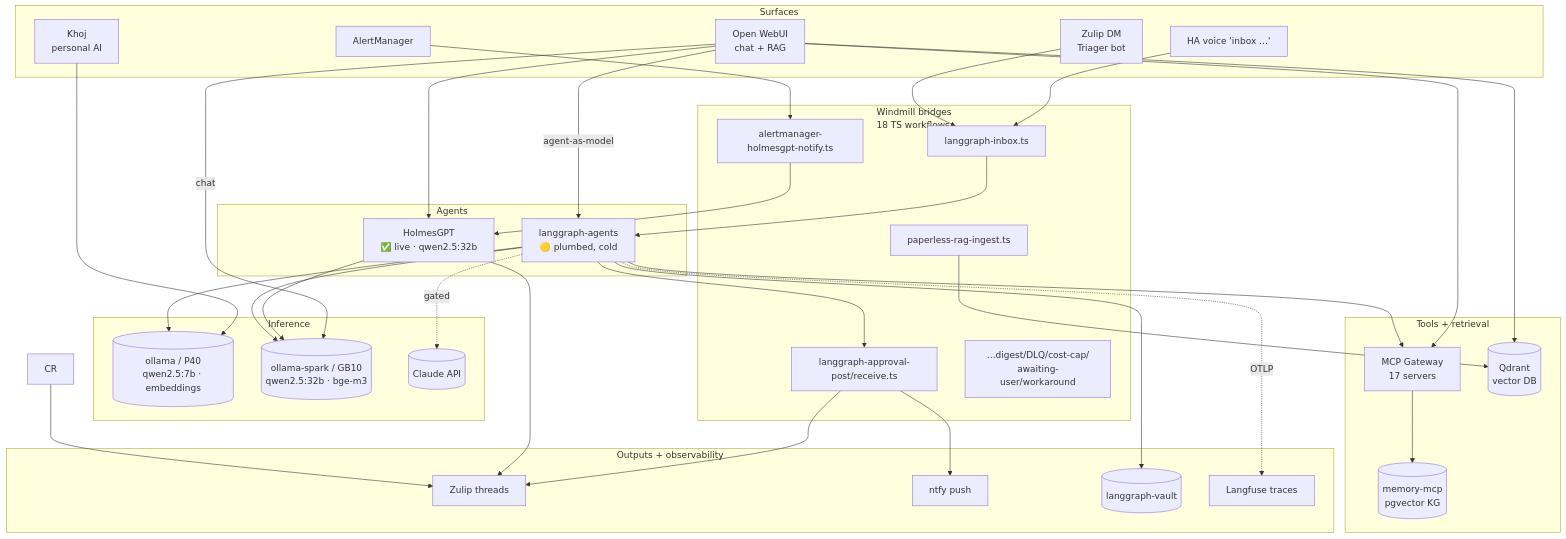
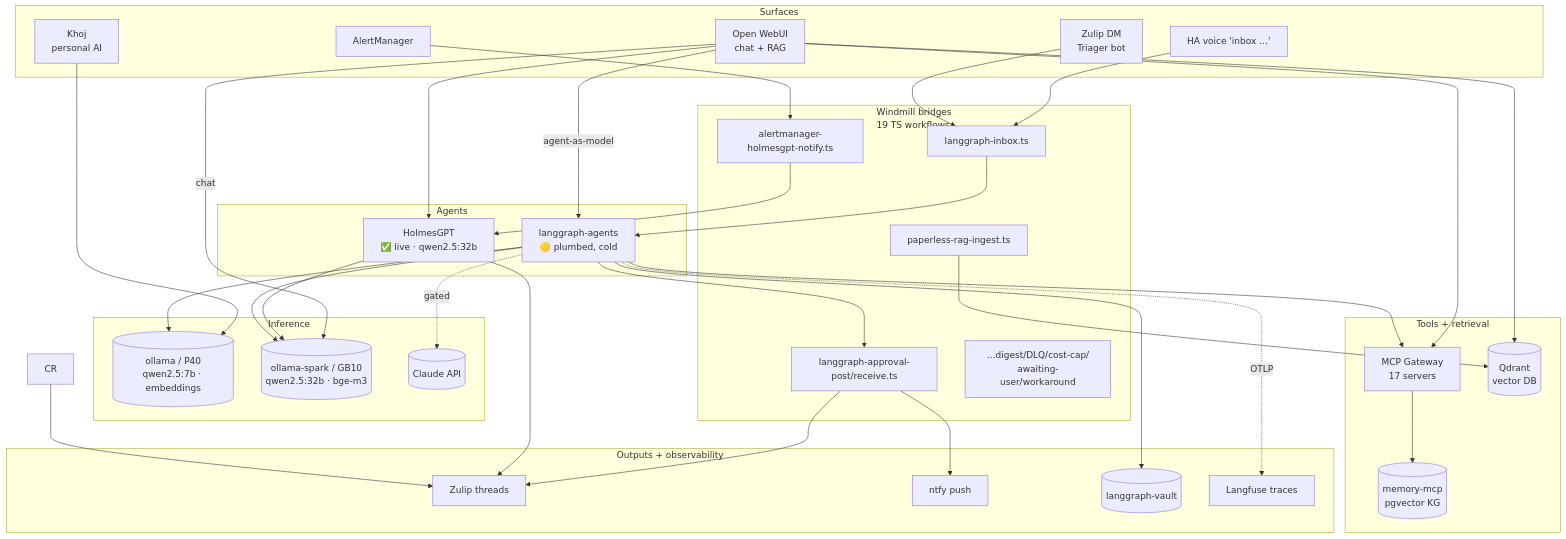
Before and after one commit to rwlove/home-ops: the second of 3 diagrams in README.md, drawn with Mermaid. The commit also changed other lines of this file and 1 other file, not shown here.

First line of the commit message:
feat(windmill): weekly storage-operator drift cron (#12021)

````diff
--- a/README.md
+++ b/README.md
@@ -316,63 +316,63 @@
 ```mermaid
 flowchart TB
     subgraph Surfaces[Surfaces]
         OWUI[Open WebUI<br/>chat + RAG]
         Khoj[Khoj<br/>personal AI]
         Voice[HA voice 'inbox …']
         ZulipDM[Zulip DM<br/>Triager bot]
         AM[AlertManager]
     end
 
-    subgraph Bridges[Windmill bridges<br/>18 TS workflows]
+    subgraph Bridges[Windmill bridges<br/>19 TS workflows]
         WInbox[langgraph-inbox.ts]
         WAlert[alertmanager-holmesgpt-notify.ts]
         WApprove[langgraph-approval-post/receive.ts]
         WPaperless[paperless-rag-ingest.ts]
         WOther[…digest/DLQ/cost-cap/<br/>awaiting-user/workaround]
     end
 
     subgraph Agents[Agents]
         Holmes[HolmesGPT<br/>✅ live · qwen2.5:32b]
         LG[langgraph-agents<br/>🟡 plumbed, cold]
     end
 
     subgraph Inference[Inference]
         OllamaP40[(ollama / P40<br/>qwen2.5:7b · embeddings)]
         OllamaSpark[(ollama-spark / GB10<br/>qwen2.5:32b · bge-m3)]
         Claude[(Claude API)]
     end
 
     subgraph Tools[Tools + retrieval]
         Gw[MCP Gateway<br/>17 servers]
         Q[(Qdrant<br/>vector DB)]
         Mem[(memory-mcp<br/>pgvector KG)]
     end
 
     subgraph Outputs[Outputs + observability]
         Zulip[Zulip threads]
         Ntfy[ntfy push]
         Vault[(langgraph-vault)]
         LF[Langfuse traces]
     end
 
     Voice --> WInbox --> LG
     ZulipDM --> WInbox
     OWUI -->|chat| OllamaSpark
     OWUI -->|agent-as-model| LG
     OWUI --> Gw
     OWUI --> Holmes
     OWUI --> Q
     Khoj --> OllamaP40
     AM --> WAlert --> Holmes
     Holmes --> OllamaSpark
     LG --> OllamaSpark
     LG --> OllamaP40
     LG -.->|gated| Claude
     LG --> Gw --> Mem
     LG -.->|OTLP| LF
     WPaperless --> Q
     LG --> WApprove --> Zulip & Ntfy
     LG --> Vault
     Holmes --> Zulip
     CR --> Zulip
 ```
````
